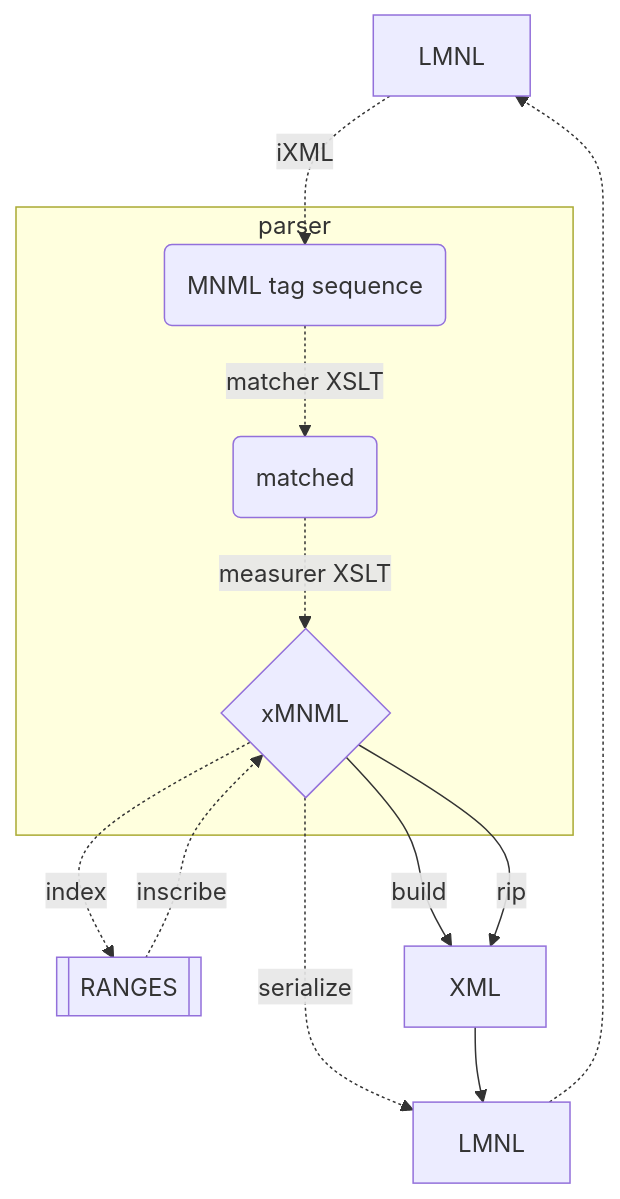
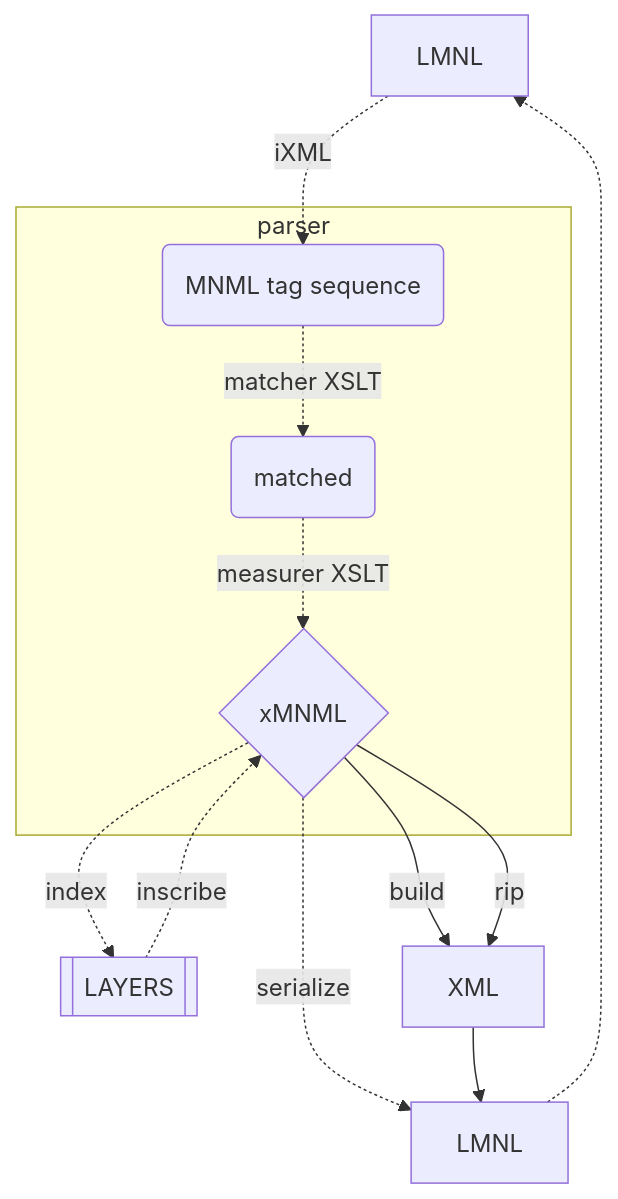
The first of 3 diagrams in lib/readme.md (wendellpiez/Laminator), drawn with Mermaid before and after one commit. The commit also changed other lines of this file and 21 other files, not shown here.

````diff
--- a/lib/readme.md
+++ b/lib/readme.md
@@ -82,18 +90,18 @@
 ```mermaid
 flowchart TD
     lmnlIN[LMNL] -.->|iXML| lmnlTAGS(MNML tag sequence)
     subgraph parser
     lmnlTAGS -.->|matcher XSLT| MATCHED(matched)
     MATCHED -.->|measurer XSLT| XMNML{xMNML}
     end
     
     lmnlOUT -.-> lmnlIN
     XMNML -.->|serialize| lmnlOUT[LMNL]
-    XMNML  -.->|index| RANGES[[RANGES]]
-    RANGES -.->|inscribe| XMNML
+    XMNML  -.->|index| LAYERS[[LAYERS]]
+    LAYERS -.->|inscribe| XMNML
  
     XMNML  -->|build| xmlOUT[XML]
     XMNML  -->|rip| xmlOUT[XML]
     xmlOUT --> lmnlOUT
 
 ```
````
